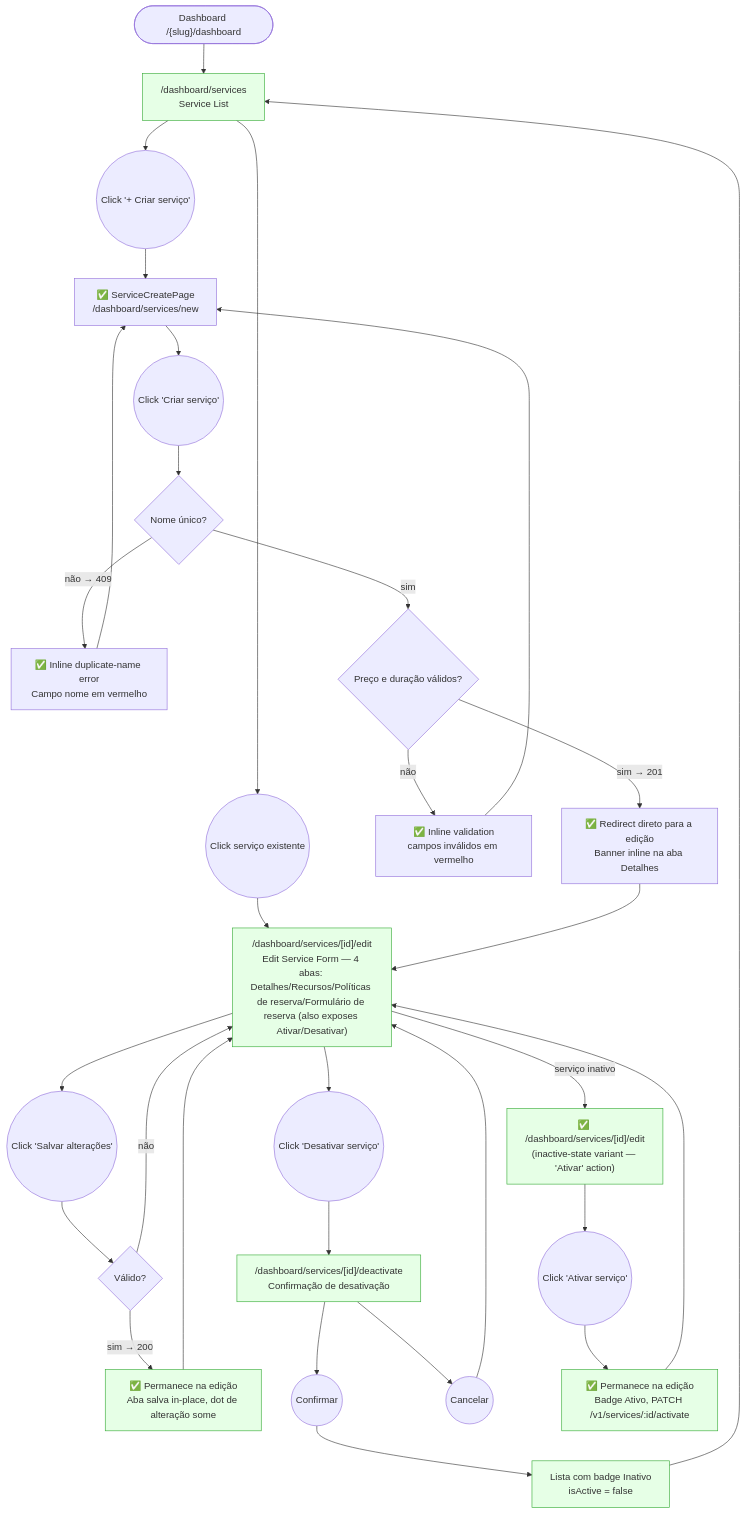
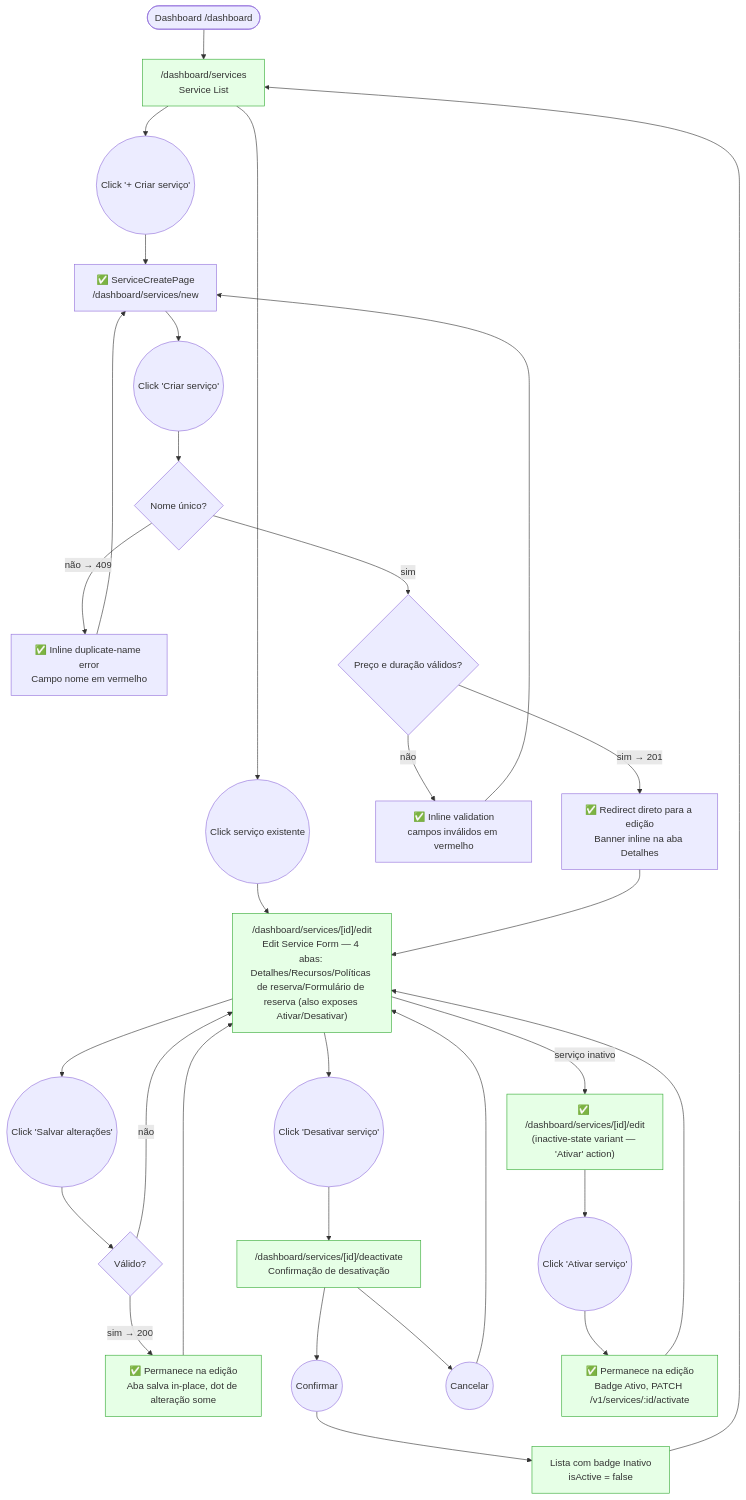
The diagram in journeys/staff/servicos.md (lmmoreira/ikaro), drawn with Mermaid before and after one commit. The commit also changed 29 other files, not shown here.

````diff
--- a/journeys/staff/servicos.md
+++ b/journeys/staff/servicos.md
@@ -10,47 +10,47 @@
 ```mermaid
 flowchart TD
     classDef existing fill:#e6ffe6,stroke:#3a3
     classDef gap stroke:#f00,stroke-dasharray: 5 5,fill:#fee
 
-    Start(["Dashboard /{slug}/dashboard"]) --> List["/dashboard/services<br/>Service List"]
+    Start(["Dashboard /dashboard"]) --> List["/dashboard/services<br/>Service List"]
 
     List --> CreateBtn(("Click '+ Criar serviço'"))
     List --> EditClick(("Click serviço existente"))
 
     %% UC-012 — Create
     CreateBtn --> CreateForm["✅ ServiceCreatePage<br/>/dashboard/services/new"]
     CreateForm --> CreateSubmit(("Click 'Criar serviço'"))
     CreateSubmit --> NameCheck{"Nome único?"}
     NameCheck -- "não → 409" --> NameError["✅ Inline duplicate-name error<br/>Campo nome em vermelho"]
     NameError --> CreateForm
     NameCheck -- "sim" --> PriceCheck{"Preço e duração válidos?"}
     PriceCheck -- "não" --> ValError["✅ Inline validation<br/>campos inválidos em vermelho"]
     ValError --> CreateForm
     PriceCheck -- "sim → 201" --> CreateSuccess["✅ Redirect direto para a edição<br/>Banner inline na aba Detalhes"]
 
     %% UC-013 — Edit
     EditClick --> EditForm["/dashboard/services/[id]/edit<br/>Edit Service Form — 4 abas: Detalhes/Recursos/Políticas de reserva/Formulário de reserva (also exposes Ativar/Desativar)"]
     EditForm --> EditSubmit(("Click 'Salvar alterações'"))
     EditSubmit --> EditCheck{"Válido?"}
     EditCheck -- "não" --> EditForm
     EditCheck -- "sim → 200" --> EditSuccess["✅ Permanece na edição<br/>Aba salva in-place, dot de alteração some"]
 
     EditForm --> DeactivateBtn(("Click 'Desativar serviço'"))
     DeactivateBtn --> DeactivateConfirm["/dashboard/services/[id]/deactivate<br/>Confirmação de desativação"]
     DeactivateConfirm --> ConfirmYes(("Confirmar"))
     DeactivateConfirm --> ConfirmNo(("Cancelar"))
     ConfirmYes --> DeactivateSuccess["Lista com badge Inativo<br/>isActive = false"]
     ConfirmNo --> EditForm
 
     %% UC-013 A4 — Reactivate (inactive service)
     EditForm -- "serviço inativo" --> InactiveEdit["✅ /dashboard/services/[id]/edit<br/>(inactive-state variant — 'Ativar' action)"]
     InactiveEdit --> ActivateBtn(("Click 'Ativar serviço'"))
     ActivateBtn --> ActivateSuccess["✅ Permanece na edição<br/>Badge Ativo, PATCH /v1/services/:id/activate"]
 
     CreateSuccess --> EditForm
     EditSuccess --> EditForm
     DeactivateSuccess --> List
     ActivateSuccess --> EditForm
 
     class List,EditForm,DeactivateConfirm,EditSuccess,DeactivateSuccess,InactiveEdit,ActivateSuccess existing
 ```
````
